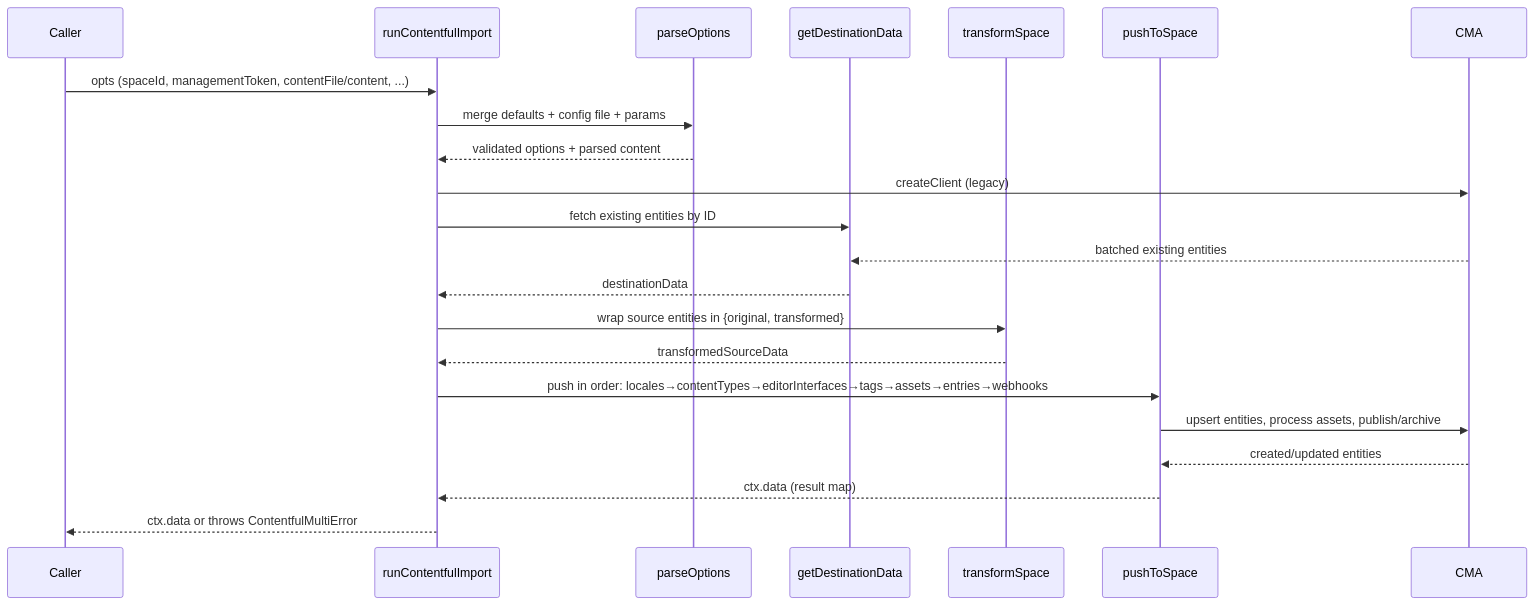
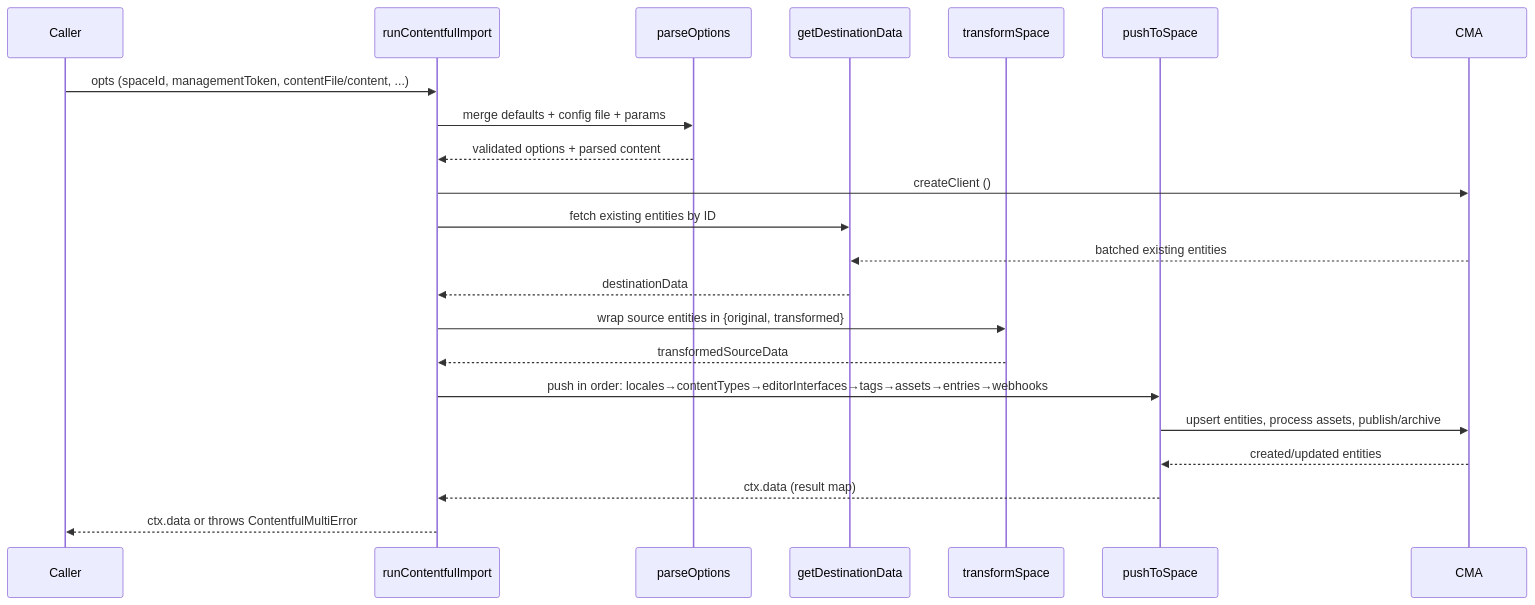
The second of 2 diagrams in ARCHITECTURE.md (contentful/contentful-import), drawn with Mermaid before and after one commit. The commit also changed other lines of this file and 29 other files, not shown here.

First line of the commit message:
feat: migrate CMA client from legacy to plain adapter

````diff
--- a/ARCHITECTURE.md
+++ b/ARCHITECTURE.md
@@ -46,25 +46,25 @@
 ```mermaid
 sequenceDiagram
     participant Caller
     participant runContentfulImport
     participant parseOptions
     participant getDestinationData
     participant transformSpace
     participant pushToSpace
     participant CMA
 
     Caller->>runContentfulImport: opts (spaceId, managementToken, contentFile/content, ...)
     runContentfulImport->>parseOptions: merge defaults + config file + params
     parseOptions-->>runContentfulImport: validated options + parsed content
-    runContentfulImport->>CMA: createClient (legacy)
+    runContentfulImport->>CMA: createClient ()
     runContentfulImport->>getDestinationData: fetch existing entities by ID
     CMA-->>getDestinationData: batched existing entities
     getDestinationData-->>runContentfulImport: destinationData
     runContentfulImport->>transformSpace: wrap source entities in {original, transformed}
     transformSpace-->>runContentfulImport: transformedSourceData
     runContentfulImport->>pushToSpace: push in order: locales→contentTypes→editorInterfaces→tags→assets→entries→webhooks
     pushToSpace->>CMA: upsert entities, process assets, publish/archive
     CMA-->>pushToSpace: created/updated entities
     pushToSpace-->>runContentfulImport: ctx.data (result map)
     runContentfulImport-->>Caller: ctx.data or throws ContentfulMultiError
 ```
````
